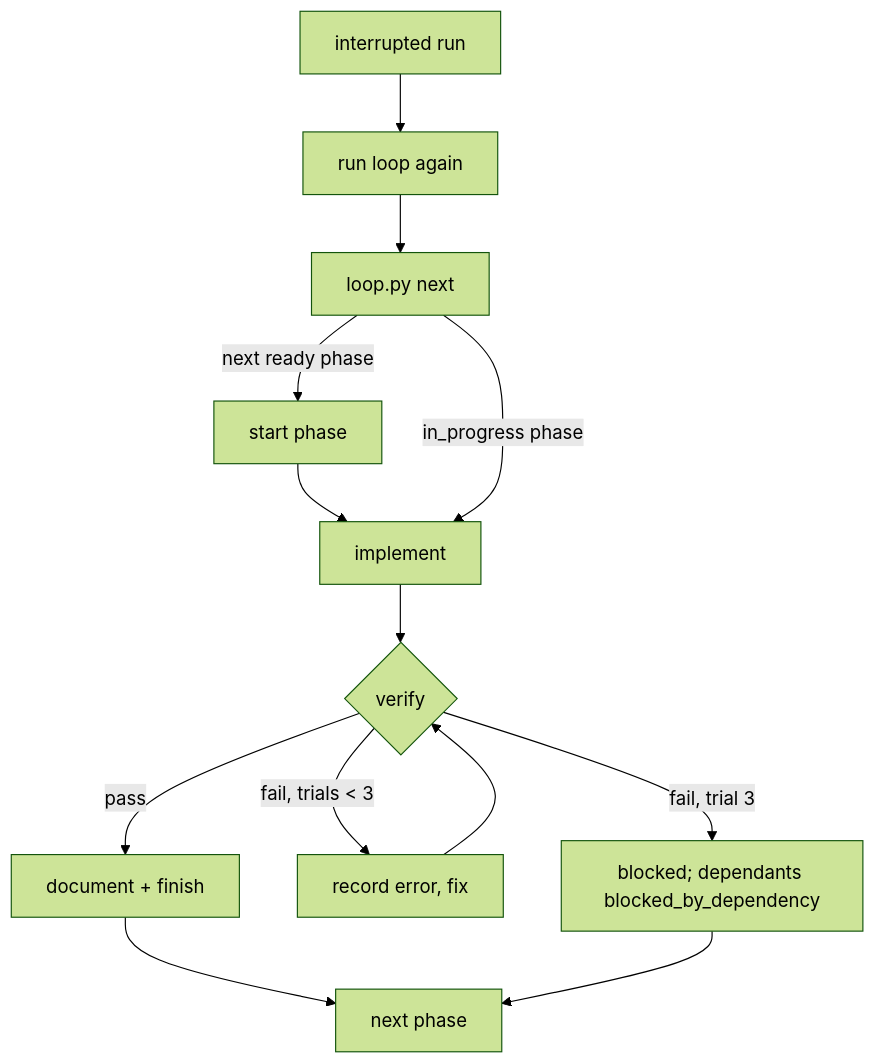
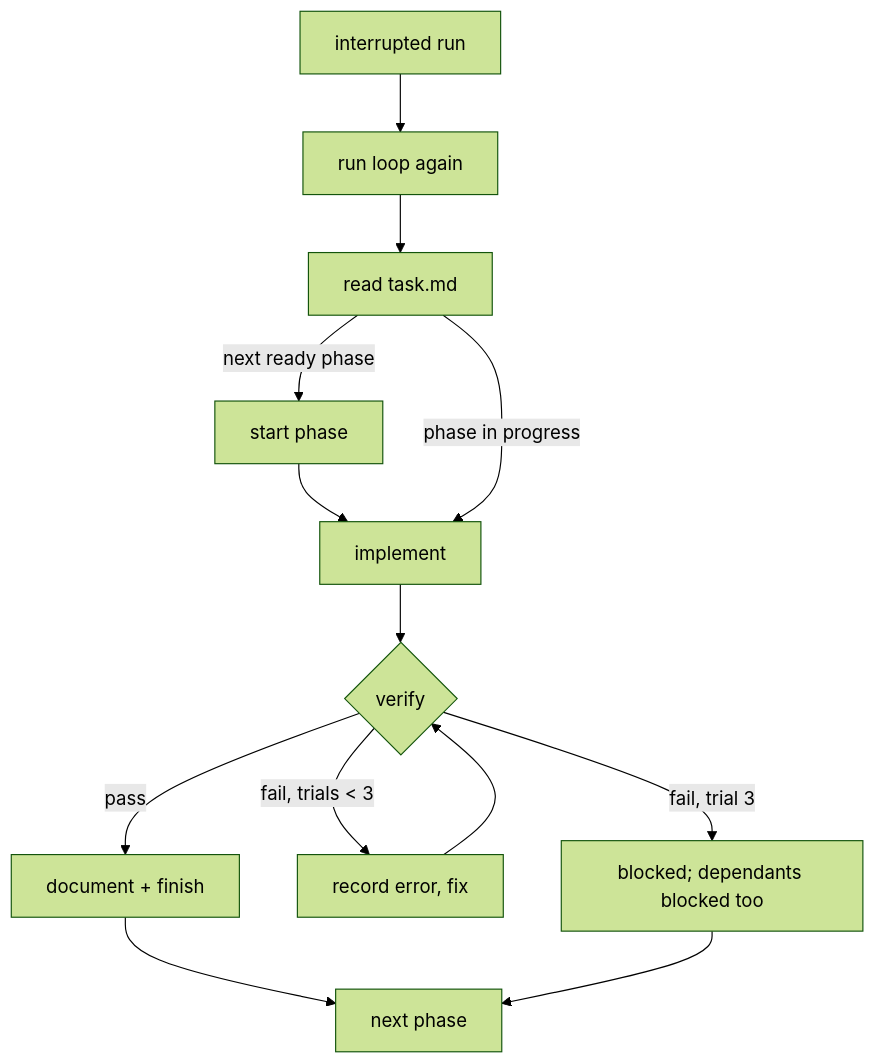
The fourth of 5 diagrams in README.md (omarwt/quickflow), drawn with Mermaid (forest theme) before and after one commit. The commit also changed other lines of this file and 8 other files, not shown here.

````diff
--- a/README.md
+++ b/README.md
@@ -223,10 +222,10 @@
 ```mermaid
 flowchart TD
     S[start phase] --> I[implement]
     I --> V{verify}
     V -- pass --> D[document + finish] --> N[next phase]
     V -- fail, trials < 3 --> F[record error, fix] --> V
-    V -- fail, trial 3 --> B[blocked; dependants blocked_by_dependency] --> N
-    R[interrupted run] --> RS[run loop again] --> NX[loop.py next] --> |in_progress phase| I
+    V -- fail, trial 3 --> B[blocked; dependants blocked too] --> N
+    R[interrupted run] --> RS[run loop again] --> NX[read task.md] --> |phase in progress| I
     NX --> |next ready phase| S
 ```
````
